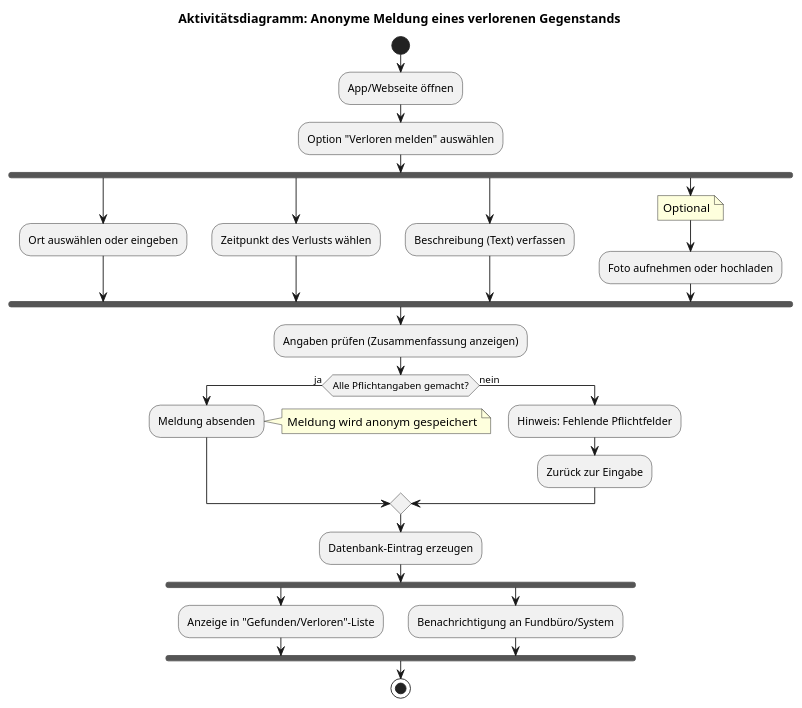
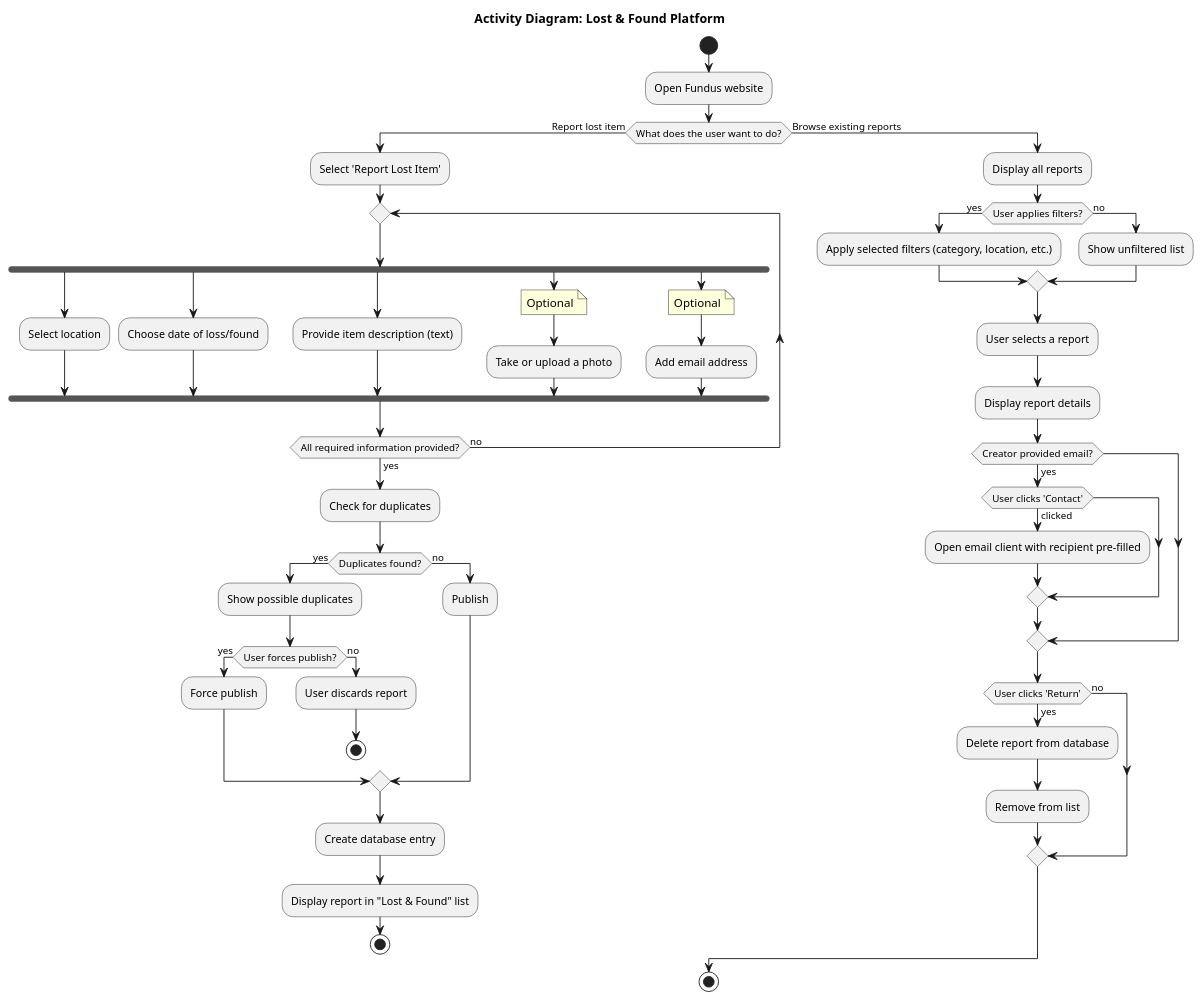
The diagram in docs/architecture/activity_diagram.puml (Tom0603/SoftwareEngineering_Lecture), drawn with PlantUML before and after one commit. The commit also changed 1 other file, not shown here.

Commit message:
updated Activity Diagramm
Expanded the existing activity diagram to cover all user flows of the MVP,
including browsing reports, optional filtering, viewing report details,
contacting creators (when email is provided), and marking items as collected.
Refined and detailed the original “Report Lost Item” flow without changing the
overall logic. Adjusted the diagram to better match the current
MVP specification and improve clarity.

```diff
--- a/docs/architecture/activity_diagram.puml
+++ b/docs/architecture/activity_diagram.puml
@@ -1,39 +1,84 @@
 @startuml
-title Aktivitätsdiagramm: Anonyme Meldung eines verlorenen Gegenstands
+title Activity Diagram: Lost & Found Platform
 
 start
 
-:App/Webseite öffnen;
-:Option "Verloren melden" auswählen;
+:Open Fundus website;
 
-fork
-  :Ort auswählen oder eingeben;
-fork again
-  :Zeitpunkt des Verlusts wählen;
-fork again
-  :Beschreibung (Text) verfassen;
-fork again
-  note right: Optional
-  :Foto aufnehmen oder hochladen;
-end fork
+' ======= MAIN DECISION: WHAT DOES USER WANT? =======
+if (What does the user want to do?) then (Report lost item)
 
-:Angaben prüfen (Zusammenfassung anzeigen);
+  ' ======= LOST ITEM REPORT FLOW =======
+  :Select 'Report Lost Item';
 
-if (Alle Pflichtangaben gemacht?) then (ja)
-  :Meldung absenden;
-  note right: Meldung wird anonym gespeichert
-else (nein)
-  :Hinweis: Fehlende Pflichtfelder;
-  :Zurück zur Eingabe;
+  repeat
+
+    fork
+      :Select location;
+    fork again
+      :Choose date of loss/found;
+    fork again
+      :Provide item description (text);
+    fork again
+      note right: Optional
+      :Take or upload a photo;
+    fork again
+      note right: Optional
+      :Add email address;
+    end fork
+
+  repeat while (All required information provided?) is (no) not (yes)
+
+  :Check for duplicates;
+
+  if (Duplicates found?) then (yes)
+    :Show possible duplicates;
+
+    if (User forces publish?) then (yes)
+      :Force publish;
+    else (no)
+      :User discards report;
+      stop
+    endif
+
+  else (no)
+    :Publish;
+  endif
+
+  :Create database entry;
+  :Display report in "Lost & Found" list;
+
+  stop
+
+
+else (Browse existing reports)
+
+  ' ======= BROWSING FLOW =======
+  :Display all reports;
+
+  if (User applies filters?) then (yes)
+    :Apply selected filters (category, location, etc.);
+  else (no)
+    :Show unfiltered list;
+  endif
+
+  :User selects a report;
+  :Display report details;
+
+  ' ======= CONTACT OR MARK AS COLLECTED =======
+  if (Creator provided email?) then (yes)
+    if (User clicks 'Contact') then (clicked)
+      :Open email client with recipient pre-filled;
+    endif
+  endif
+
+  if (User clicks 'Return') then (yes)
+    :Delete report from database;
+    :Remove from list;
+  else (no)
+  endif
+
 endif
-
-:Datenbank-Eintrag erzeugen;
-
-fork
-  :Anzeige in "Gefunden/Verloren"-Liste;
-fork again
-  :Benachrichtigung an Fundbüro/System;
-end fork
 
 stop
 @enduml
```
